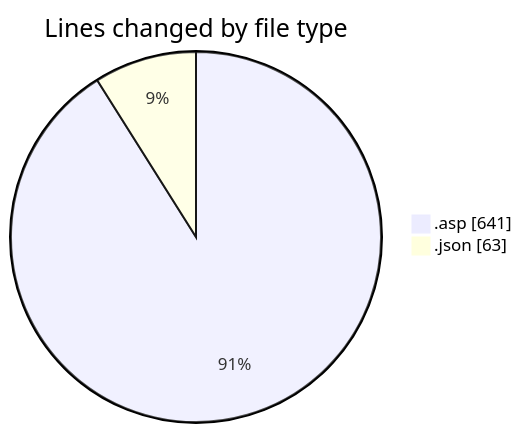
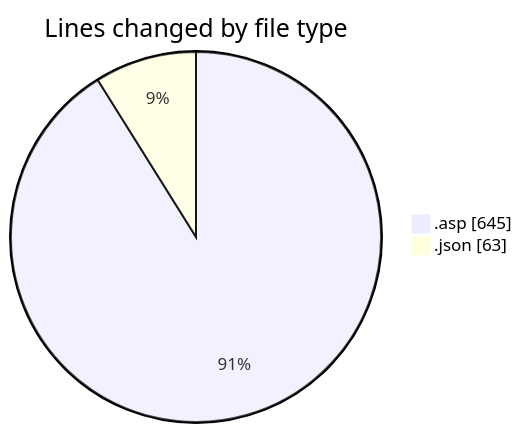
Before and after one commit to julien-gomy/code-tracking: the first of 2 diagrams in 2025-10-20/usr_aleoudev_fr__workspace_/README.md, drawn with Mermaid. The commit also changed other lines of this file and 1 other file, not shown here.

````diff
--- a/2025-10-20/usr_aleoudev_fr__workspace_/README.md
+++ b/2025-10-20/usr_aleoudev_fr__workspace_/README.md
@@ -22,6 +22,6 @@
 ```mermaid
 pie showData
 title Lines changed by file type
-".asp" : 641
+".asp" : 645
 ".json" : 63
 ```
````
